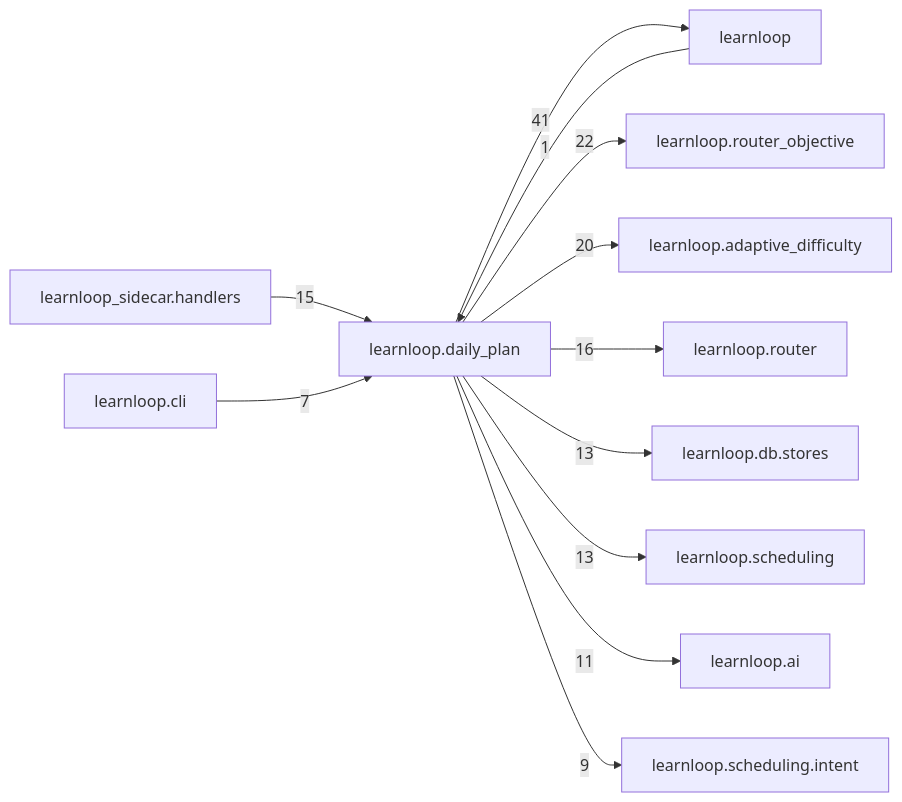
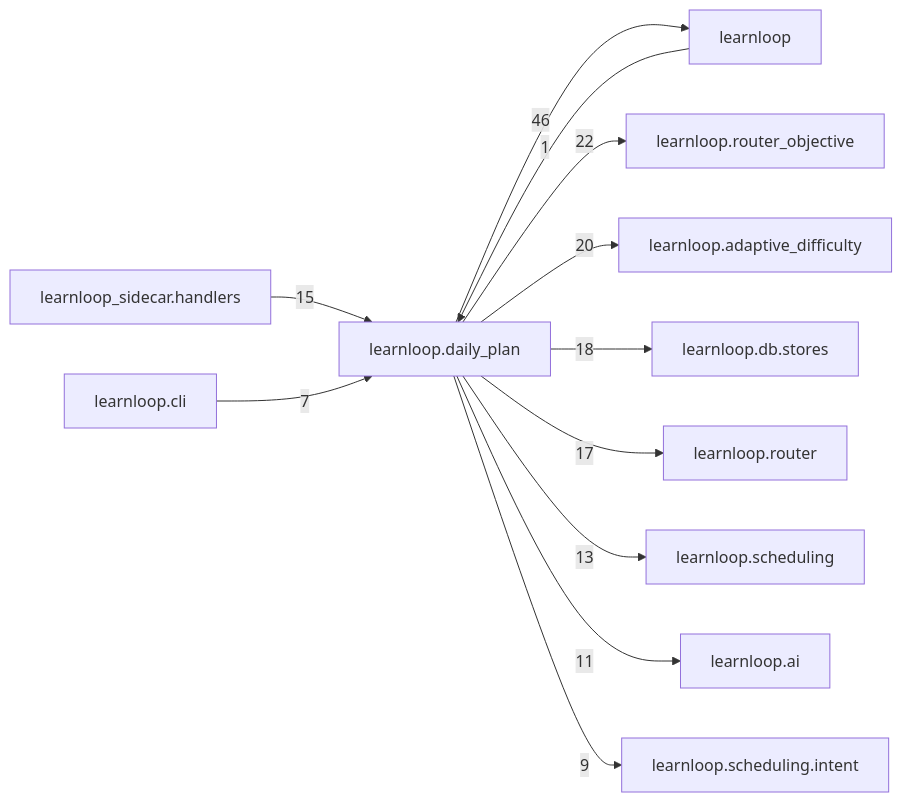
Before and after one commit to 6up-b/learnanything: the diagram in docs/learnloop-architecture-vault/Reference/Modules/learnloop/daily_plan/_package.md, drawn with Mermaid. The commit also changed other lines of this file and 497 other files, not shown here.

````diff
--- a/docs/learnloop-architecture-vault/Reference/Modules/learnloop/daily_plan/_package.md
+++ b/docs/learnloop-architecture-vault/Reference/Modules/learnloop/daily_plan/_package.md
@@ -158,25 +160,25 @@
 ```mermaid
 flowchart LR
     center["learnloop.daily_plan"]
     n_learnloop["learnloop"]
     n_learnloop_router_objective["learnloop.router_objective"]
     n_learnloop_adaptive_difficulty["learnloop.adaptive_difficulty"]
+    n_learnloop_db_stores["learnloop.db.stores"]
     n_learnloop_router["learnloop.router"]
     n_learnloop_sidecar_handlers["learnloop_sidecar.handlers"]
-    n_learnloop_db_stores["learnloop.db.stores"]
     n_learnloop_scheduling["learnloop.scheduling"]
     n_learnloop_ai["learnloop.ai"]
     n_learnloop_scheduling_intent["learnloop.scheduling.intent"]
     n_learnloop_cli["learnloop.cli"]
     n_learnloop -->|1| center
-    center -->|41| n_learnloop
+    center -->|46| n_learnloop
     center -->|22| n_learnloop_router_objective
     center -->|20| n_learnloop_adaptive_difficulty
-    center -->|16| n_learnloop_router
+    center -->|18| n_learnloop_db_stores
+    center -->|17| n_learnloop_router
     n_learnloop_sidecar_handlers -->|15| center
-    center -->|13| n_learnloop_db_stores
     center -->|13| n_learnloop_scheduling
     center -->|11| n_learnloop_ai
     center -->|9| n_learnloop_scheduling_intent
     n_learnloop_cli -->|7| center
 ```
````
